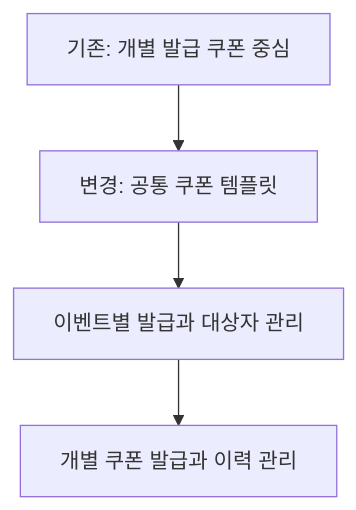
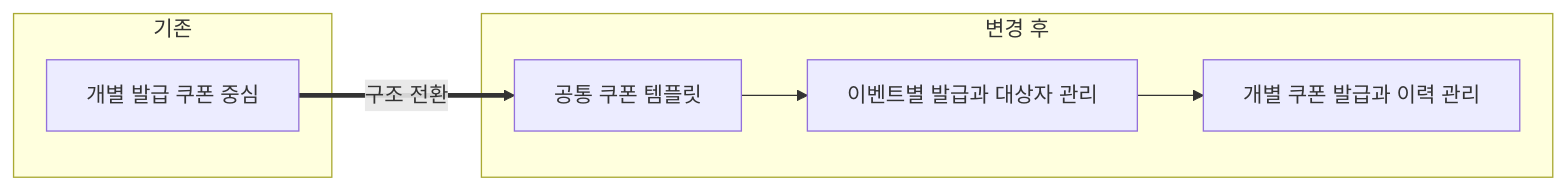
Before and after one commit to KimHG1995/work-history: the first of 5 diagrams in projects/education-services/promotion.md, drawn with Mermaid. The commit also changed 4 other files, not shown here.

Commit message:
docs: 업무 단계와 구조 전환을 구분해 Mermaid 가독성 개선

````diff
--- a/projects/education-services/promotion.md
+++ b/projects/education-services/promotion.md
@@ -58,6 +58,13 @@
 ```mermaid
-flowchart TB
-    before["기존: 개별 발급 쿠폰 중심"] --> template["변경: 공통 쿠폰 템플릿"]
-    template --> event["이벤트별 발급과 대상자 관리"]
-    event --> issued["개별 쿠폰 발급과 이력 관리"]
+flowchart LR
+    subgraph Before["기존"]
+        before["개별 발급 쿠폰 중심"]
+    end
+
+    subgraph After["변경 후"]
+        template["공통 쿠폰 템플릿"] --> event["이벤트별 발급과 대상자 관리"]
+        event --> issued["개별 쿠폰 발급과 이력 관리"]
+    end
+
+    before ==>|구조 전환| template
 ```
````
